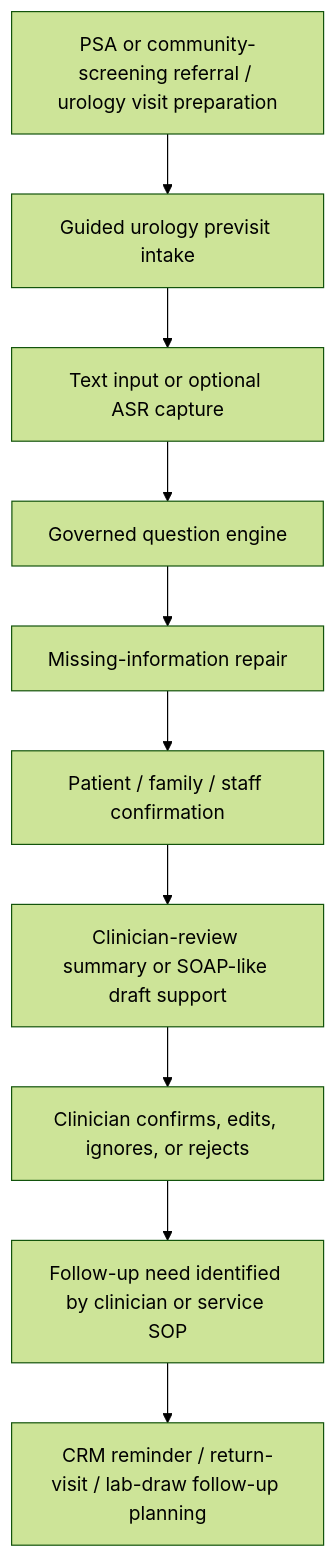
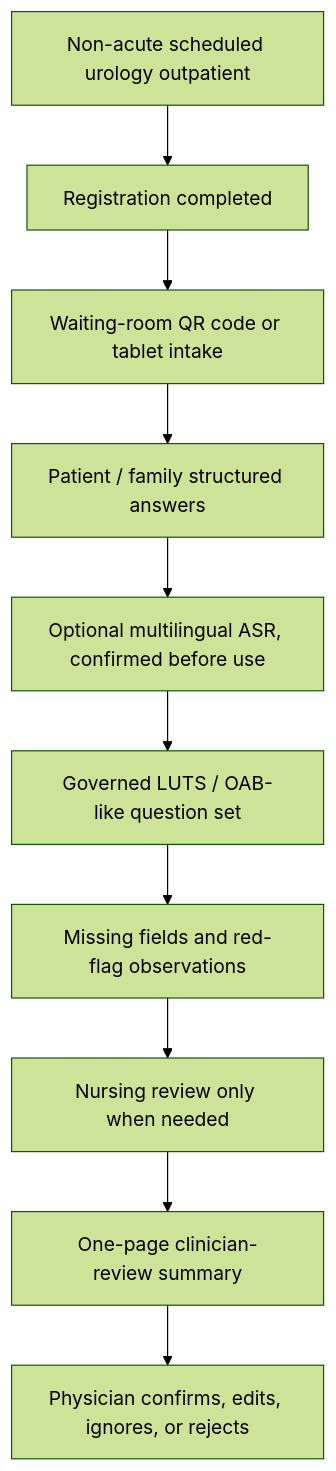
The diagram in core/DEEP_CULTIVATION_SYSTEM_POSITIONING.md (JasonLn0711/urology-ai-previsit-thinking-spec), drawn with Mermaid (forest theme) before and after one commit. The commit also changed other lines of this file and 4 other files, not shown here.

Commit message:
docs: draft urology deep-cultivation subproject

````diff
--- a/core/DEEP_CULTIVATION_SYSTEM_POSITIONING.md
+++ b/core/DEEP_CULTIVATION_SYSTEM_POSITIONING.md
@@ -92,12 +123,12 @@
 ```mermaid
 flowchart TD
-    A[PSA or community-screening referral / urology visit preparation] --> B[Guided urology previsit intake]
-    B --> C[Text input or optional ASR capture]
-    C --> D[Governed question engine]
-    D --> E[Missing-information repair]
-    E --> F[Patient / family / staff confirmation]
-    F --> G[Clinician-review summary or SOAP-like draft support]
-    G --> H[Clinician confirms, edits, ignores, or rejects]
-    H --> I[Follow-up need identified by clinician or service SOP]
-    I --> J[CRM reminder / return-visit / lab-draw follow-up planning]
+    A[Non-acute scheduled urology outpatient] --> B[Registration completed]
+    B --> C[Waiting-room QR code or tablet intake]
+    C --> D[Patient / family structured answers]
+    D --> E[Optional multilingual ASR, confirmed before use]
+    E --> F[Governed LUTS / OAB-like question set]
+    F --> G[Missing fields and red-flag observations]
+    G --> H[Nursing review only when needed]
+    H --> I[One-page clinician-review summary]
+    I --> J[Physician confirms, edits, ignores, or rejects]
 ```
````
